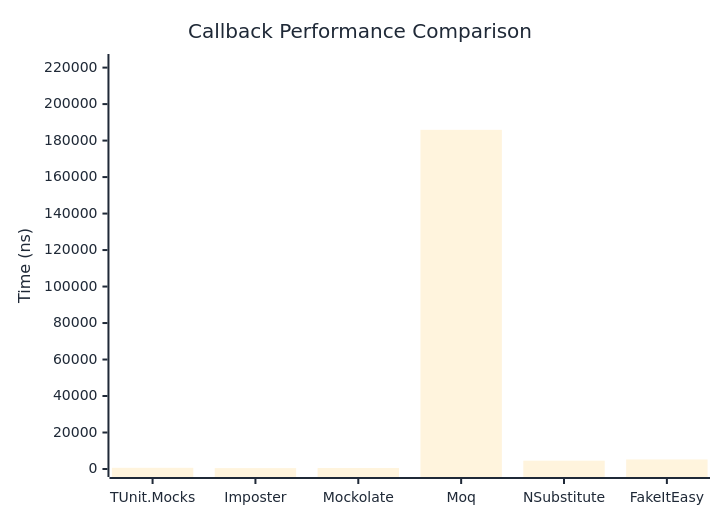
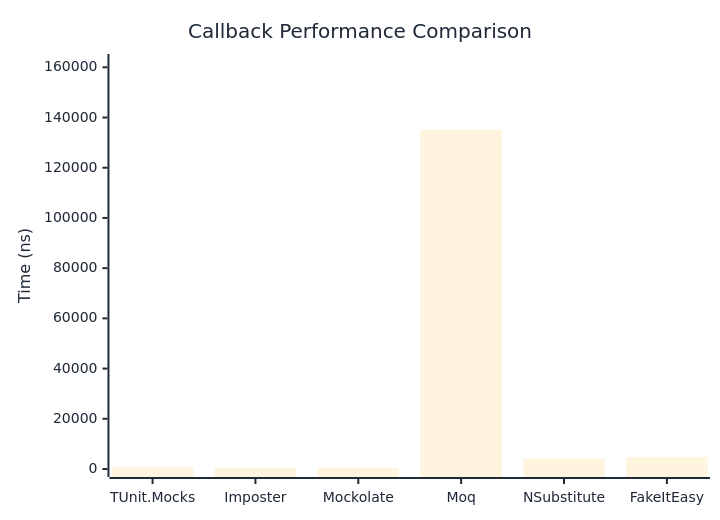
The first of 2 diagrams in docs/docs/benchmarks/mocks/Callback.md (thomhurst/TUnit), drawn with Mermaid before and after one commit. The commit also changed other lines of this file and 14 other files, not shown here.

````diff
--- a/docs/docs/benchmarks/mocks/Callback.md
+++ b/docs/docs/benchmarks/mocks/Callback.md
@@ -28,27 +28,27 @@
 ```mermaid
 %%{init: {
   'theme':'base',
   'themeVariables': {
     'primaryColor': '#2563eb',
     'primaryTextColor': '#1f2937',
     'primaryBorderColor': '#1e40af',
     'lineColor': '#6b7280',
     'secondaryColor': '#7c3aed',
     'tertiaryColor': '#dc2626',
     'background': '#ffffff',
     'pie1': '#2563eb',
     'pie2': '#7c3aed',
     'pie3': '#dc2626',
     'pie4': '#f59e0b',
     'pie5': '#10b981',
     'pie6': '#06b6d4',
     'pie7': '#ec4899',
     'pie8': '#6366f1'
   }
 }}%%
 xychart-beta
   title "Callback Performance Comparison"
   x-axis ["TUnit.Mocks", "Imposter", "Mockolate", "Moq", "NSubstitute", "FakeItEasy"]
-  y-axis "Time (ns)" 0 --> 223075
-  bar [655.8, 489.3, 542.6, 185895.2, 4557.5, 5235.3]
+  y-axis "Time (ns)" 0 --> 162111
+  bar [663.6, 478.4, 534.8, 135092.5, 4203.3, 4745.8]
 ```
````
